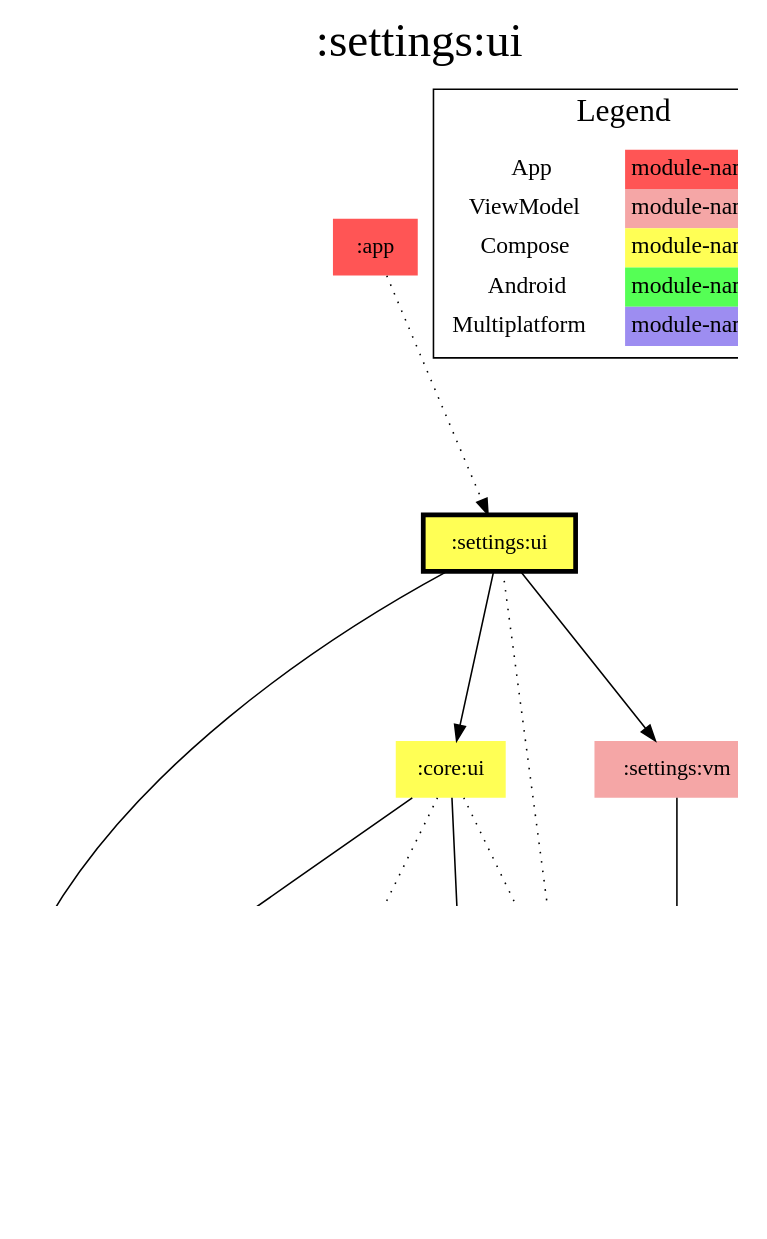
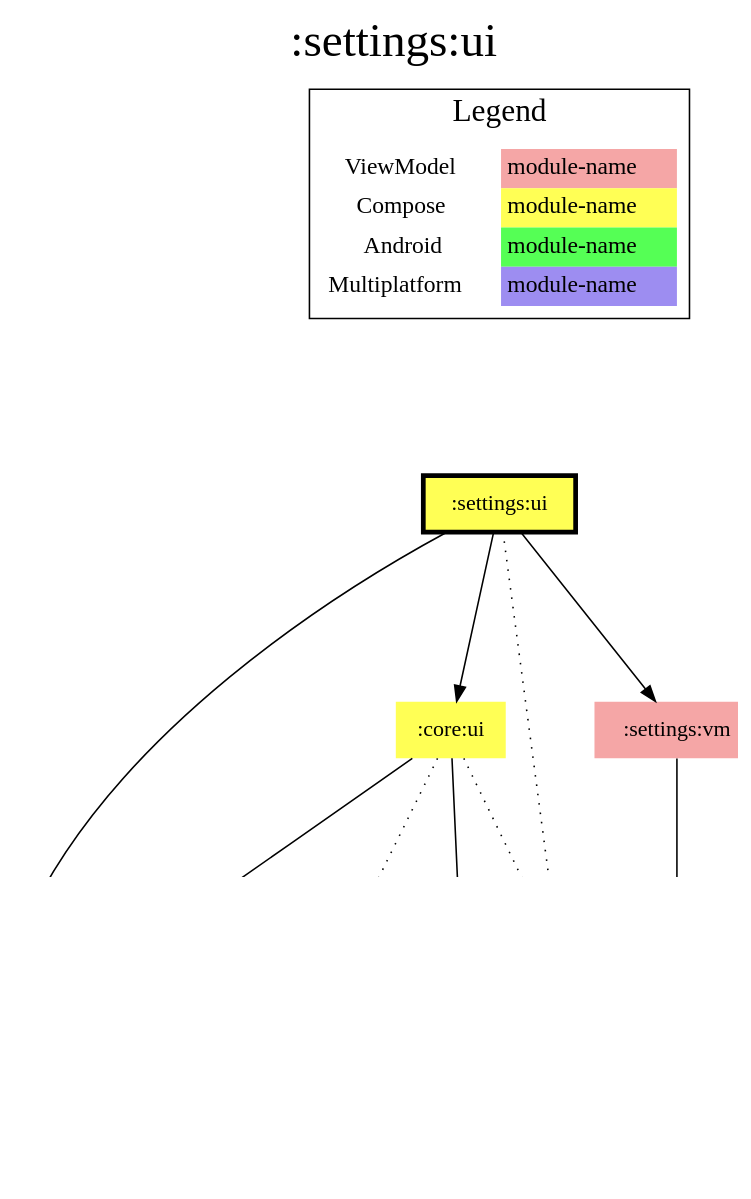
The diagram in modules/settings/ui/modules.dot (jonapoul/aktual), drawn with Graphviz before and after one commit. The commit also changed 73 other files, not shown here.

Commit message:
Remove upstream diagrams

```diff
--- a/modules/settings/ui/modules.dot
+++ b/modules/settings/ui/modules.dot
@@ -1,45 +1,42 @@
 digraph {
 edge ["dir"="forward"]
 graph ["dpi"="100","label"=":settings:ui","labelloc"="t","fontsize"="30","ranksep"="1.5","rankdir"="TB"]
 node ["style"="filled"]
 ":account:model" ["fillcolor"="#9D8DF1","shape"="none"]
-":app" ["fillcolor"="#FF5555","shape"="none"]
 ":budget:model" ["fillcolor"="#9D8DF1","shape"="none"]
 ":core:android" ["fillcolor"="#55FF55","shape"="none"]
 ":core:model" ["fillcolor"="#9D8DF1","shape"="none"]
 ":core:ui" ["fillcolor"="#FFFF55","shape"="none"]
 ":l10n" ["fillcolor"="#9D8DF1","shape"="none"]
 ":prefs" ["fillcolor"="#9D8DF1","shape"="none"]
 ":settings:ui" ["fillcolor"="#FFFF55","color"="black","penwidth"="3","shape"="box"]
 ":settings:vm" ["fillcolor"="#F5A6A6","shape"="none"]
 {
 edge ["dir"="none"]
 graph ["rank"="same"]
 ":settings:ui"
 }
-":app" -> ":settings:ui" ["style"="dotted"]
 ":core:ui" -> ":budget:model"
 ":core:ui" -> ":core:android" ["style"="dotted"]
 ":core:ui" -> ":core:model"
 ":core:ui" -> ":l10n" ["style"="dotted"]
 ":prefs" -> ":account:model"
 ":prefs" -> ":core:model"
 ":settings:ui" -> ":core:model"
 ":settings:ui" -> ":core:ui"
 ":settings:ui" -> ":l10n" ["style"="dotted"]
 ":settings:ui" -> ":settings:vm"
 ":settings:vm" -> ":prefs"
 subgraph "cluster_legend" {
 edge ["dir"="none"]
 graph ["label"="Legend","fontsize"="20"]
 "Legend" ["style"="filled","fillcolor"="#FFFFFF","shape"="none","margin"="0","fontsize"="15","label"=<
 <TABLE BORDER="0" CELLBORDER="0" CELLSPACING="0" CELLPADDING="4">
-<TR><TD>App</TD><TD BGCOLOR="#FF5555">module-name</TD></TR>
 <TR><TD>ViewModel</TD><TD BGCOLOR="#F5A6A6">module-name</TD></TR>
 <TR><TD>Compose</TD><TD BGCOLOR="#FFFF55">module-name</TD></TR>
 <TR><TD>Android</TD><TD BGCOLOR="#55FF55">module-name</TD></TR>
 <TR><TD>Multiplatform</TD><TD BGCOLOR="#9D8DF1">module-name</TD></TR>
 </TABLE>
 >]
 } -> ":settings:ui" ["style"="invis"]
 }
```
